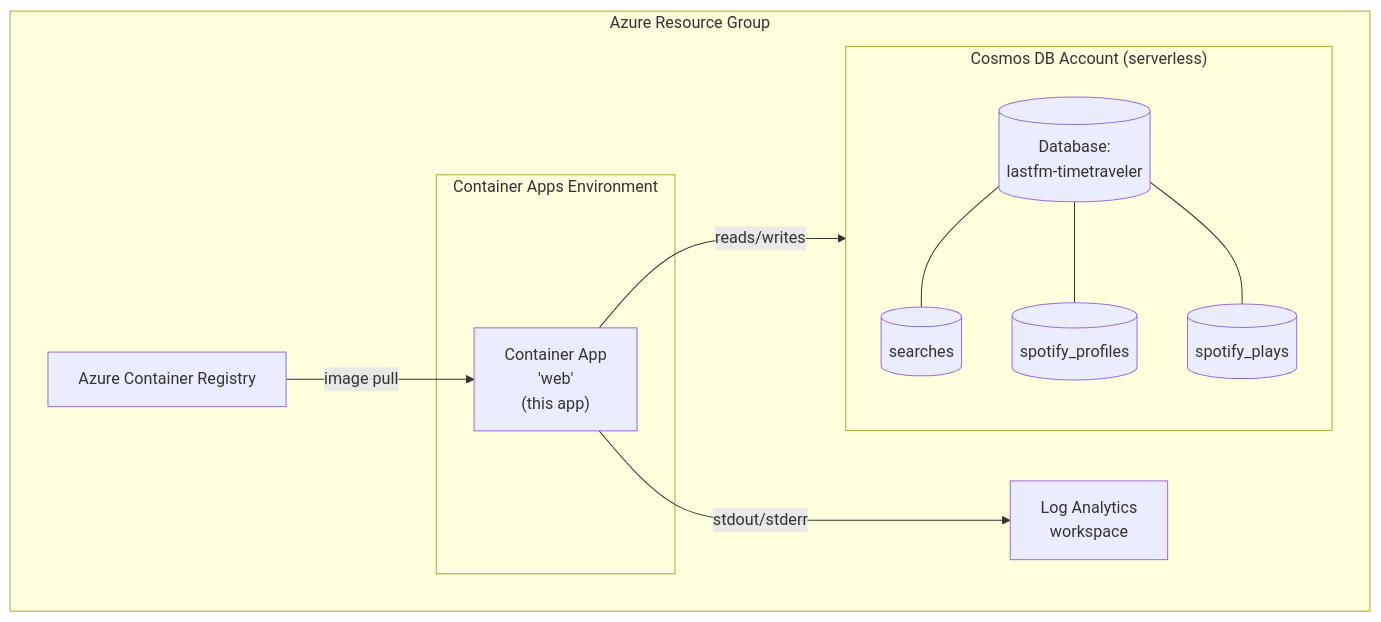
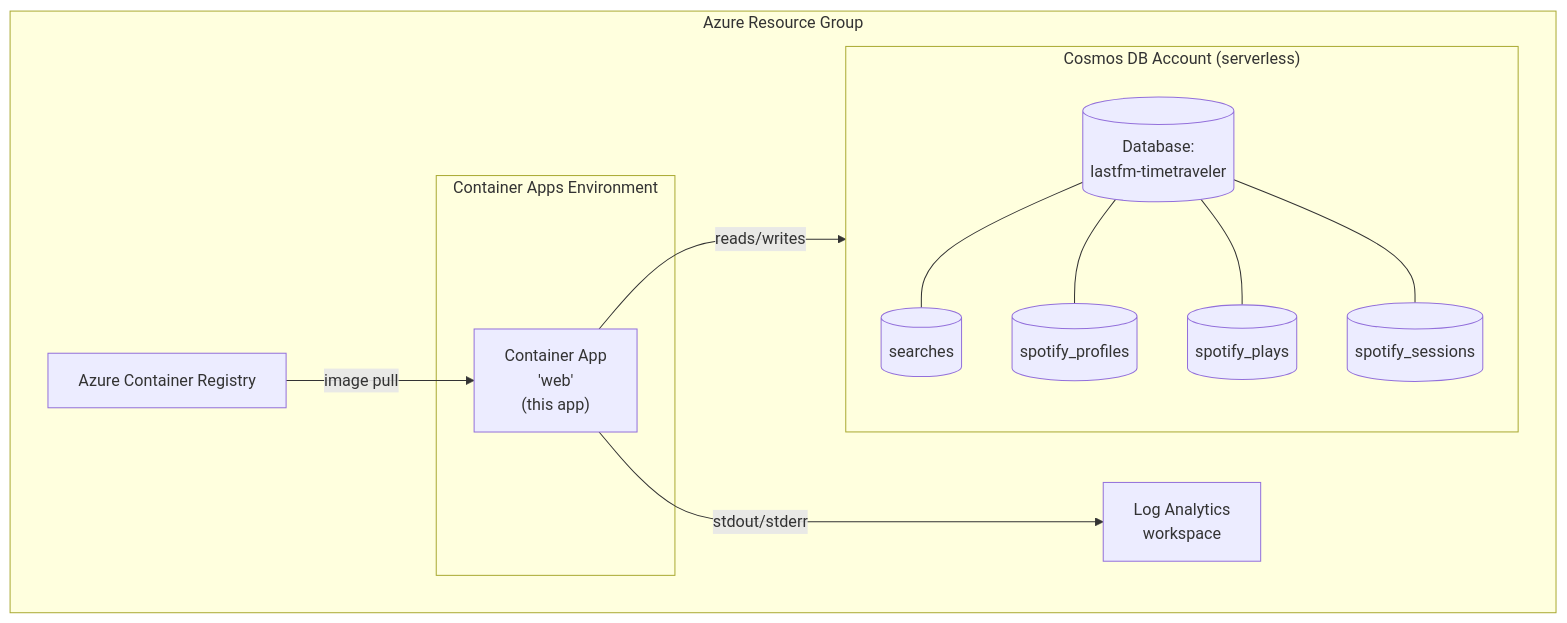
Before and after one commit to jetzlstorfer/lastfm-timetraveler: the fourth of 4 diagrams in README.md, drawn with Mermaid. The commit also changed other lines of this file and 1 other file, not shown here.

Commit message:
docs: update README and Copilot instructions to include Spotify sessions in Azure Cosmos DB

````diff
--- a/README.md
+++ b/README.md
@@ -227,25 +227,27 @@
 ```mermaid
 flowchart TB
   subgraph rg["Azure Resource Group"]
     acr["Azure Container Registry"]
     log["Log Analytics<br/>workspace"]
 
     subgraph cae["Container Apps Environment"]
       app["Container App<br/>'web'<br/>(this app)"]
     end
 
     subgraph cosmos_acct["Cosmos DB Account (serverless)"]
       db_ns[(Database:<br/>lastfm-timetraveler)]
       c1[(searches)]
       c2[(spotify_profiles)]
       c3[(spotify_plays)]
+      c4[(spotify_sessions)]
       db_ns --- c1
       db_ns --- c2
       db_ns --- c3
+      db_ns --- c4
     end
   end
 
   acr -->|image pull| app
   app -->|reads/writes| cosmos_acct
   app -->|stdout/stderr| log
 ```
````
